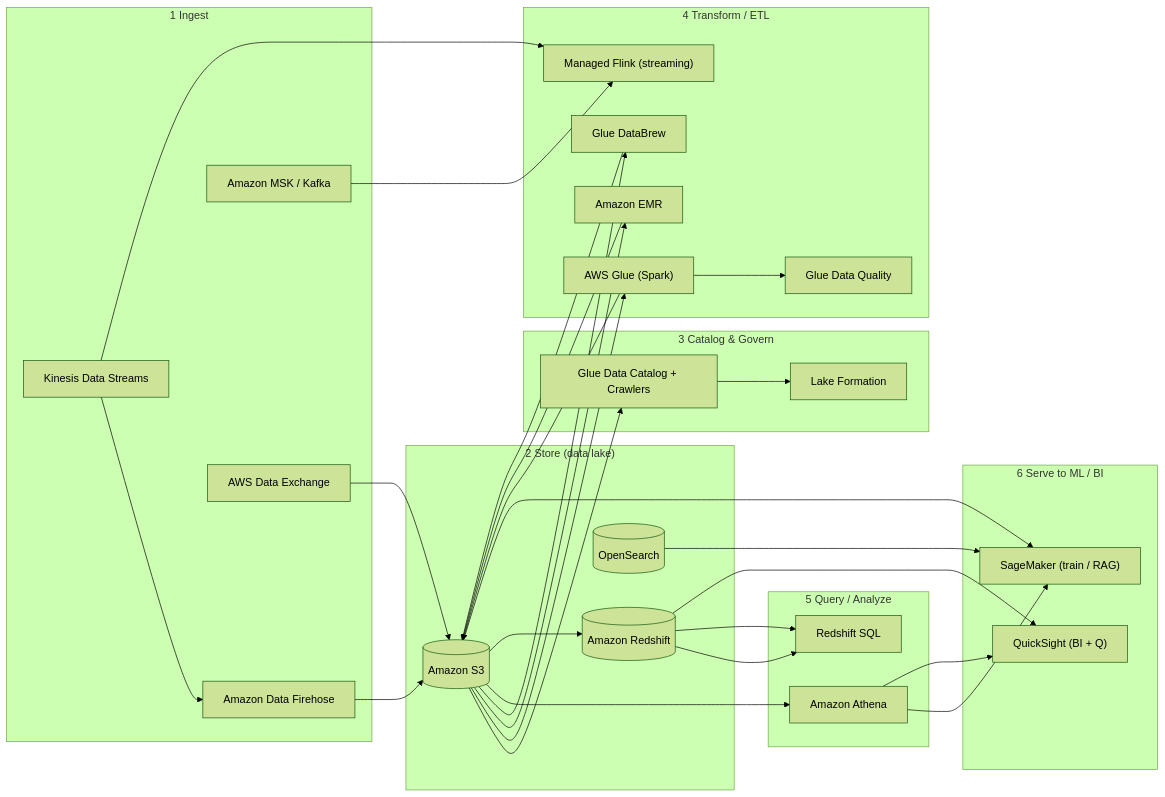
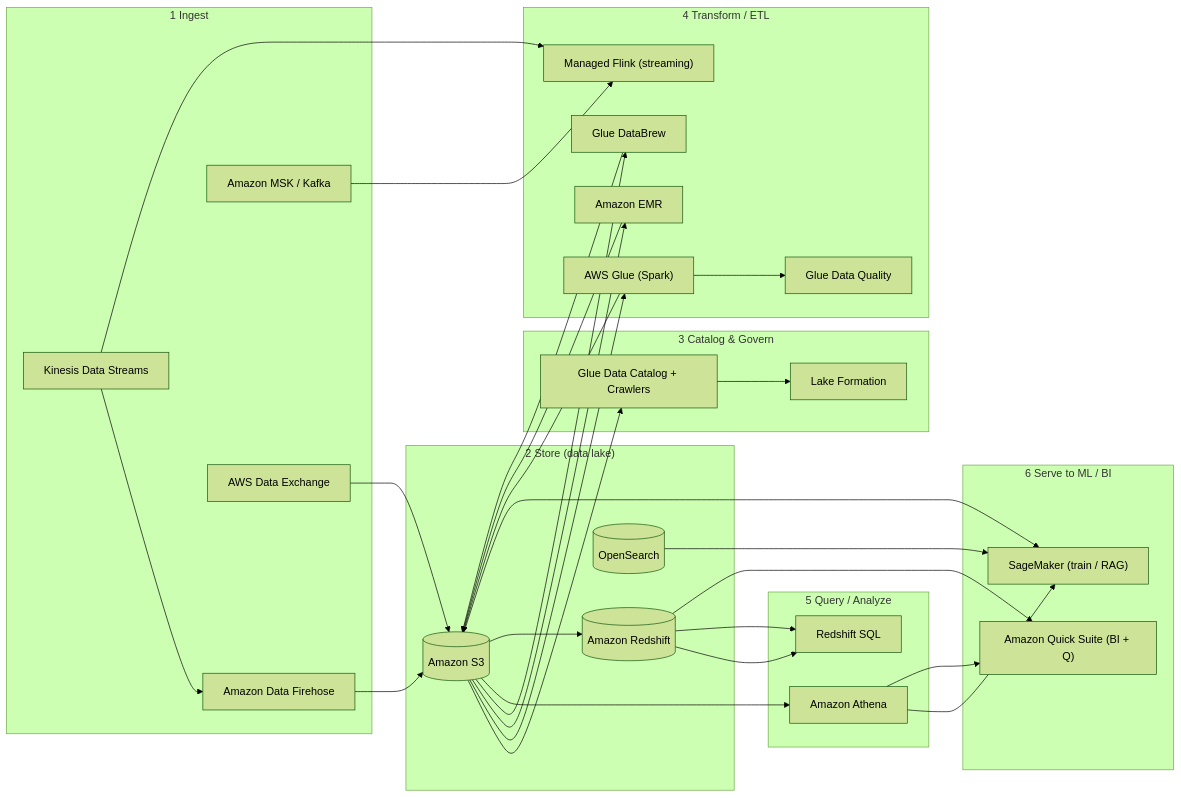
The first of 2 diagrams in 24-aws-ai-certification/services/data-and-analytics.md (aneshus95/ai-system-design-guide), drawn with Mermaid (forest theme) before and after one commit. The commit also changed other lines of this file and 13 other files, not shown here.

````diff
--- a/24-aws-ai-certification/services/data-and-analytics.md
+++ b/24-aws-ai-certification/services/data-and-analytics.md
@@ -44,57 +44,57 @@
 ```mermaid
 flowchart LR
     subgraph INGEST["1 Ingest"]
         KDS["Kinesis Data Streams"]
         FH["Amazon Data Firehose"]
         MSK["Amazon MSK / Kafka"]
         DX["AWS Data Exchange"]
     end
     subgraph STORE["2 Store (data lake)"]
         S3[("Amazon S3")]
         RS[("Amazon Redshift")]
         OS[("OpenSearch")]
     end
     subgraph CATALOG["3 Catalog & Govern"]
         GC["Glue Data Catalog + Crawlers"]
         LF["Lake Formation"]
     end
     subgraph TRANSFORM["4 Transform / ETL"]
         GLUE["AWS Glue (Spark)"]
         EMR["Amazon EMR"]
         DB["Glue DataBrew"]
         FLINK["Managed Flink (streaming)"]
         DQ["Glue Data Quality"]
     end
     subgraph QUERY["5 Query / Analyze"]
         ATH["Amazon Athena"]
         RSQL["Redshift SQL"]
     end
     subgraph SERVE["6 Serve to ML / BI"]
         SM["SageMaker (train / RAG)"]
-        QS["QuickSight (BI + Q)"]
+        QS["Amazon Quick Suite (BI + Q)"]
     end
 
     KDS --> FH
     KDS --> FLINK
     MSK --> FLINK
     FH --> S3
     DX --> S3
     S3 --> GC
     GC --> LF
     S3 --> GLUE
     S3 --> EMR
     S3 --> DB
     GLUE --> DQ
     GLUE --> S3
     EMR --> S3
     DB --> S3
     S3 --> ATH
     S3 --> RS
     RS --> RSQL
     ATH --> SM
     S3 --> SM
     RS --> RSQL
     OS --> SM
     ATH --> QS
     RS --> QS
 ```
````
